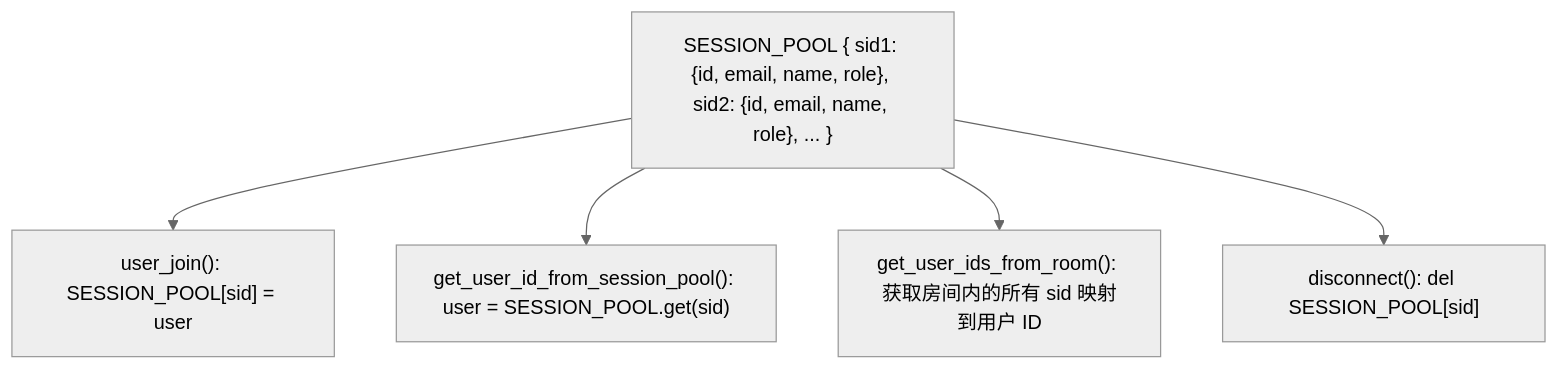
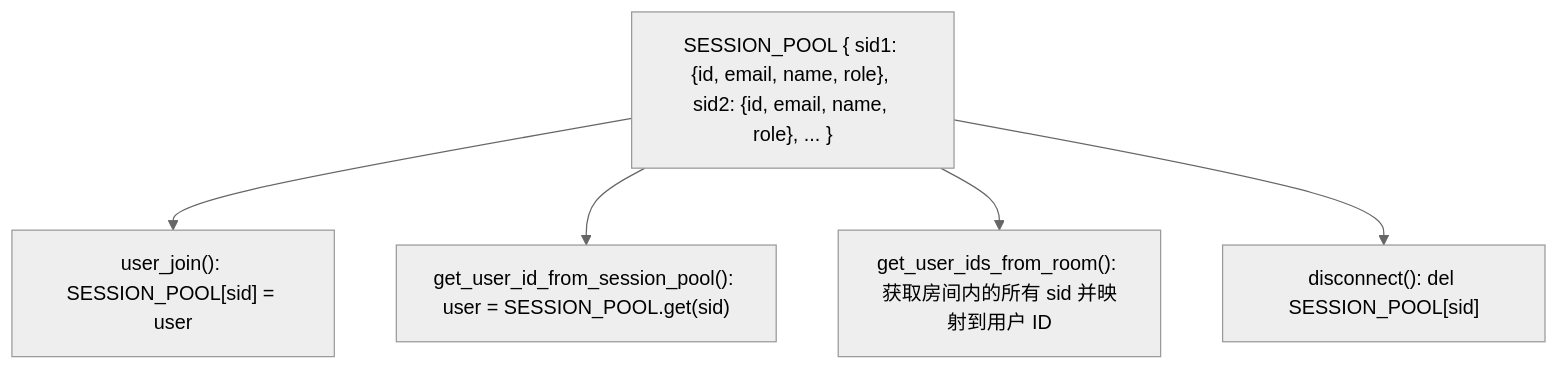
One commit to Chesszyh/Wiki changed the fourth of 10 diagrams in tests/open-webui_deepwiki/zh/16-real-time-communication.md. Above: the diagram before and after it, drawn with Mermaid (neutral theme). The commit also changed other lines of this file and 234 other files, not shown here.

````diff
--- a/tests/open-webui_deepwiki/zh/16-real-time-communication.md
+++ b/tests/open-webui_deepwiki/zh/16-real-time-communication.md
@@ -227,13 +227,13 @@
 ```mermaid
 flowchart TD
     SessionData["SESSION_POOL { sid1: {id, email, name, role}, sid2: {id, email, name, role}, ... }"]
     UserJoin["user_join(): SESSION_POOL[sid] = user"]
     GetUser["get_user_id_from_session_pool(): user = SESSION_POOL.get(sid)"]
-    GetRoom["get_user_ids_from_room(): 获取房间内的所有 sid 映射到用户 ID"]
+    GetRoom["get_user_ids_from_room(): 获取房间内的所有 sid 并映射到用户 ID"]
     Disconnect["disconnect(): del SESSION_POOL[sid]"]
 
     SessionData --> UserJoin
     SessionData --> GetUser
     SessionData --> GetRoom
     SessionData --> Disconnect
 ```
````
